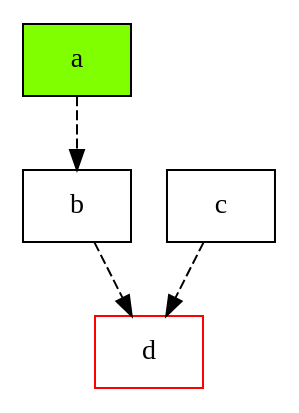
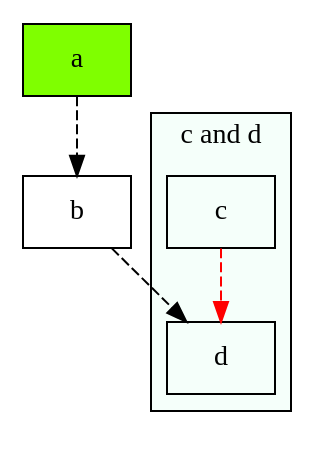
One commit to greatgauss/graphviz_script changed the diagram in hello.dot. Above: the diagram before and after it, drawn with Graphviz.

Commit message:
Sub graph

```diff
--- a/hello.dot
+++ b/hello.dot
@@ -1,13 +1,16 @@
 digraph abc{
-node [shape="record"];
-edge [style="dashed"];
-
-a[style="filled", color="black", fillcolor="chartreuse"];
-b;
-c;
-d[color="red"];
- 
-a -> b;
-b -> d;
-c -> d;
+	node [shape="record"];
+	edge [style="dashed"];
+	
+	a [style="filled", color="black", fillcolor="chartreuse"];
+	b;
+	subgraph cluster_cd{
+		label="c and d";
+		bgcolor="mintcream";
+		c;
+		d;
+	}
+	a -> b;
+	b -> d;
+	c -> d [color="red"];
 }
```
